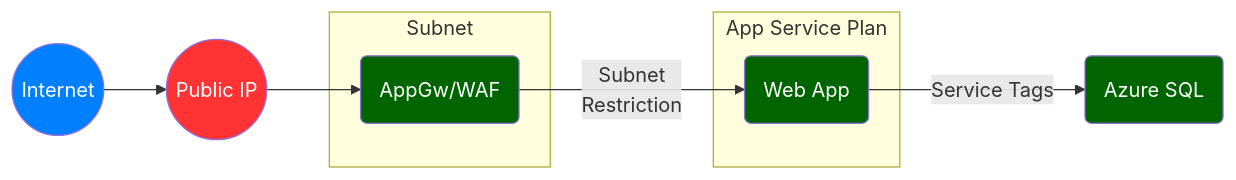
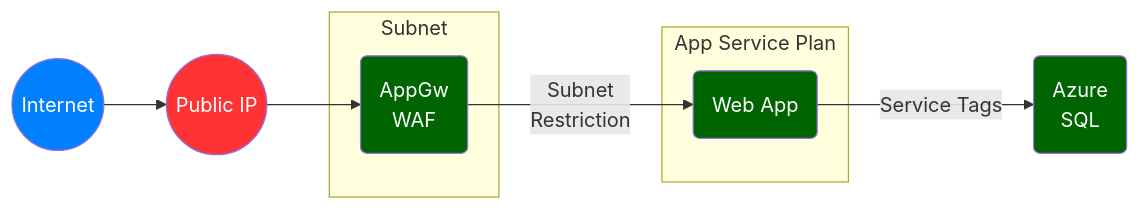
One commit to msalemor/app-services-networking changed the third of 7 diagrams in README.md. Above: the diagram before and after it, drawn with Mermaid. The commit also changed other lines of this file, not shown here.

````diff
--- a/README.md
+++ b/README.md
@@ -94,21 +94,21 @@
 ```mermaid
 graph LR;
   A((Internet))-->B((Public IP));
   B-->a2;
   subgraph "Subnet"
-    a2(AppGw/WAF);
+    a2(AppGw<br/>WAF);
   end
   a2--Subnet<br/>Restriction-->a1;
   subgraph "App Service Plan"
     a1(Web App)
   end
-  a1-- Service Tags -->E(Azure SQL);
+  a1-- Service Tags -->E(Azure<br/>SQL);
   classDef internet fill:#007FFF,color:white;
   classDef unsafe fill:#ff3333,color:white;
   classDef semisafe fill:darkorange,color:black;
   classDef safe fill:darkgreen,color:white;
   class A internet;
   class B unsafe;
   class E semisafe;
   class C,a1,a2,E safe;
 ```
````
